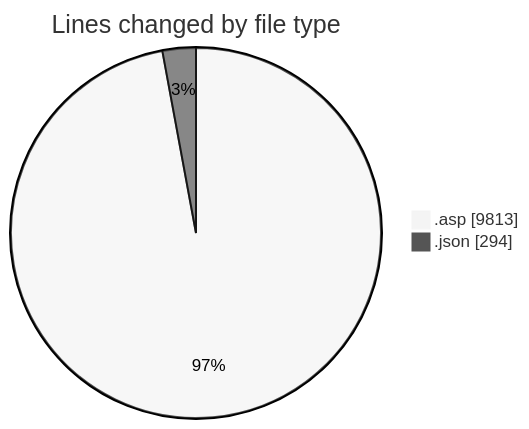
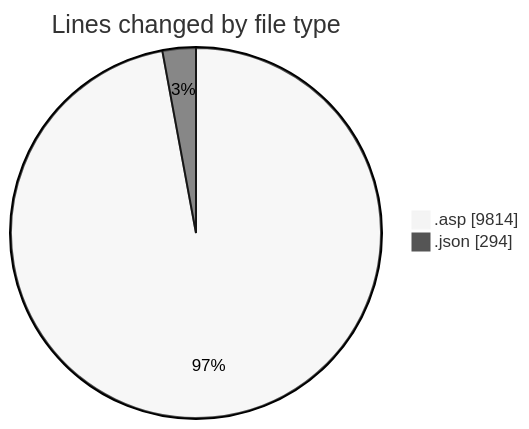
Before and after one commit to julien-gomy/code-tracking: the first of 2 diagrams in 2025-10-27/usr_aleoudev_fr__workspace_/README.md, drawn with Mermaid (neutral theme). The commit also changed other lines of this file and 1 other file, not shown here.

````diff
--- a/2025-10-27/usr_aleoudev_fr__workspace_/README.md
+++ b/2025-10-27/usr_aleoudev_fr__workspace_/README.md
@@ -28,6 +28,6 @@
 ```mermaid
 pie showData
 title Lines changed by file type
-".asp" : 9813
+".asp" : 9814
 ".json" : 294
 ```
````
